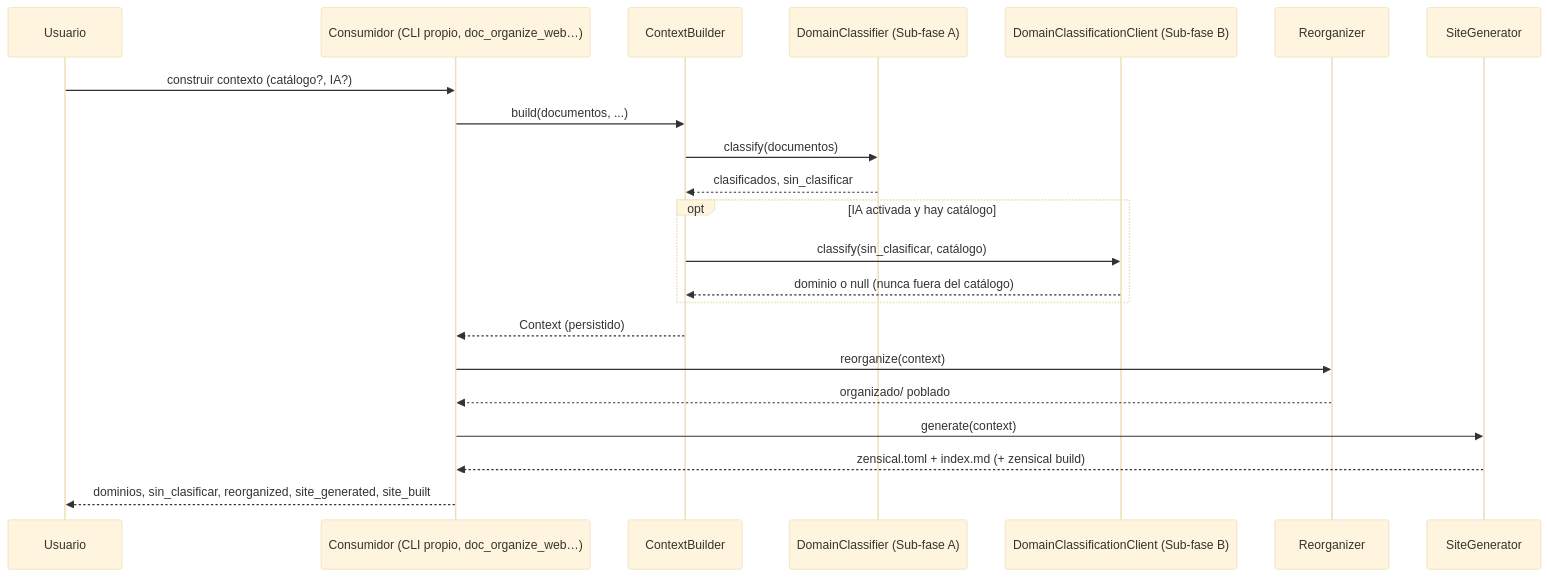
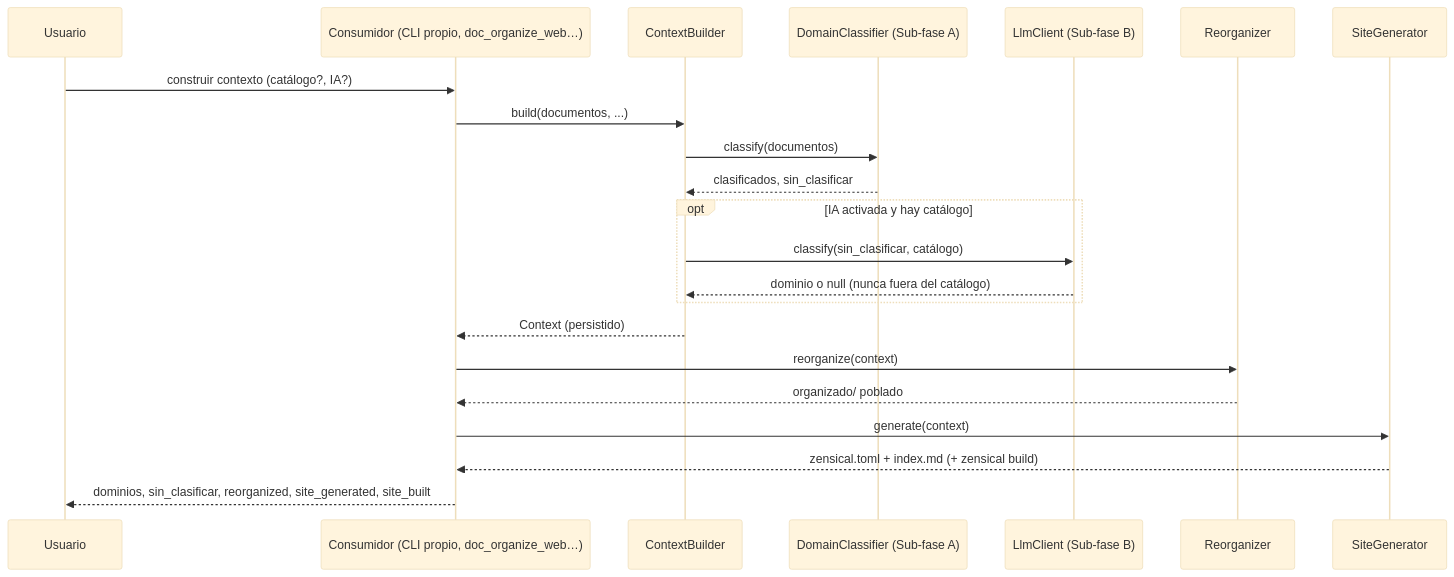
Before and after one commit to fmanza/doc_organize: the diagram in docs/functional/context.md, drawn with Mermaid (base theme). The commit also changed other lines of this file and 143 other files, not shown here.

````diff
--- a/docs/functional/context.md
+++ b/docs/functional/context.md
@@ -34,25 +34,25 @@
 ```mermaid
 sequenceDiagram
     participant Usuario
     participant API as Consumidor (CLI propio, doc_organize_web…)
     participant Builder as ContextBuilder
     participant RulesA as DomainClassifier (Sub-fase A)
-    participant IA as DomainClassificationClient (Sub-fase B)
+    participant IA as LlmClient (Sub-fase B)
     participant Reorg as Reorganizer
     participant Site as SiteGenerator
 
     Usuario->>API: construir contexto (catálogo?, IA?)
     API->>Builder: build(documentos, ...)
     Builder->>RulesA: classify(documentos)
     RulesA-->>Builder: clasificados, sin_clasificar
     opt IA activada y hay catálogo
         Builder->>IA: classify(sin_clasificar, catálogo)
         IA-->>Builder: dominio o null (nunca fuera del catálogo)
     end
     Builder-->>API: Context (persistido)
     API->>Reorg: reorganize(context)
     Reorg-->>API: organizado/ poblado
     API->>Site: generate(context)
     Site-->>API: zensical.toml + index.md (+ zensical build)
     API-->>Usuario: dominios, sin_clasificar, reorganized, site_generated, site_built
 ```
````
